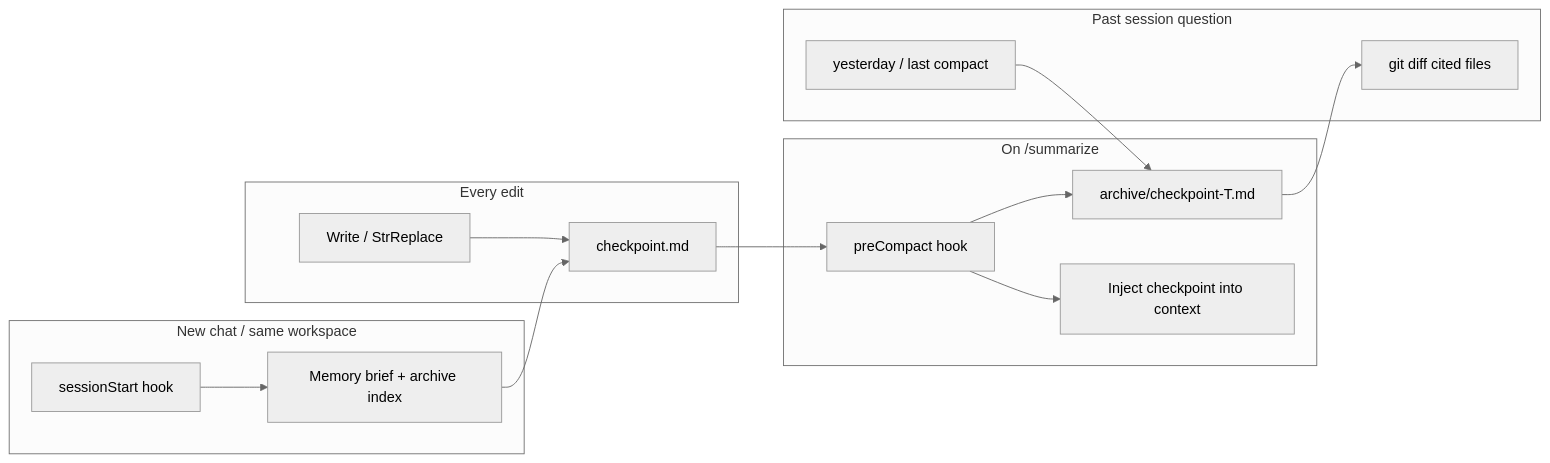
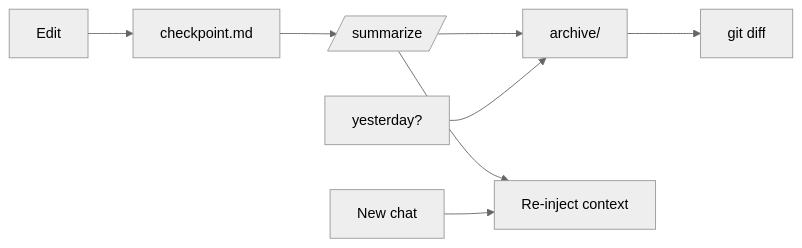
Before and after one commit to darkyzowo/cursor-agent-stack: the diagram in README.md, drawn with Mermaid (neutral theme). The commit also changed other lines of this file and 5 other files, not shown here.

````diff
--- a/README.md
+++ b/README.md
@@ -19,19 +109,10 @@
 ```mermaid
 flowchart LR
-  subgraph edits [Every edit]
-    W[Write / StrReplace] --> CP[checkpoint.md]
-  end
-  subgraph compact [On /summarize]
-    CP --> PC[preCompact hook]
-    PC --> ARCH[archive/checkpoint-T.md]
-    PC --> INJ[Inject checkpoint into context]
-  end
-  subgraph resume [New chat / same workspace]
-    SS[sessionStart hook] --> BRIEF[Memory brief + archive index]
-    BRIEF --> CP
-  end
-  subgraph forensics [Past session question]
-    Q[yesterday / last compact] --> ARCH
-    ARCH --> GIT[git diff cited files]
-  end
+  E[Edit] --> CP[checkpoint.md]
+  CP --> S[/summarize/]
+  S --> A[archive/]
+  S --> R[Re-inject context]
+  N[New chat] --> R
+  Q[yesterday?] --> A
+  A --> G[git diff]
 ```
````
